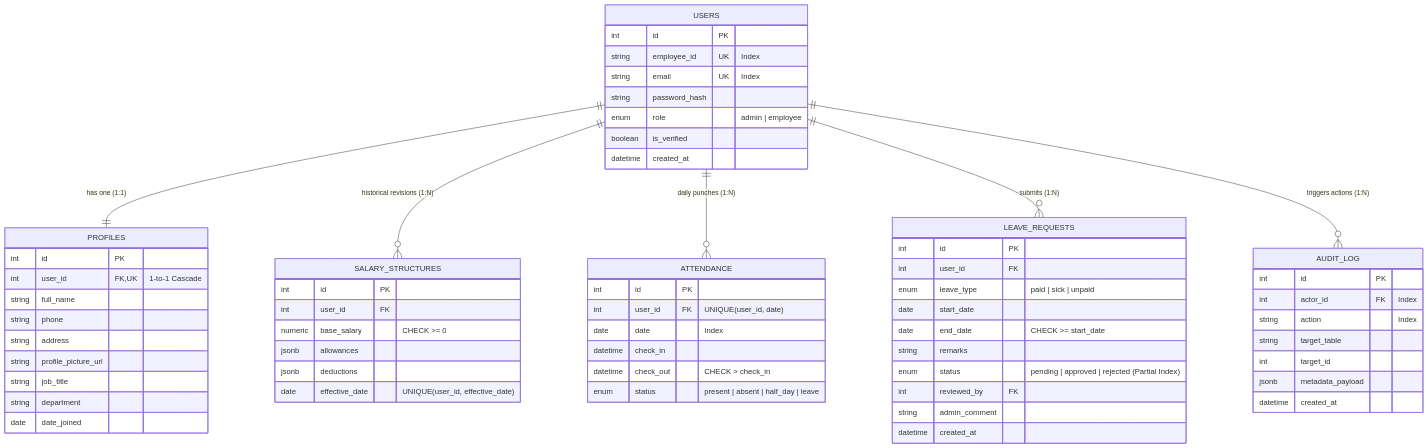
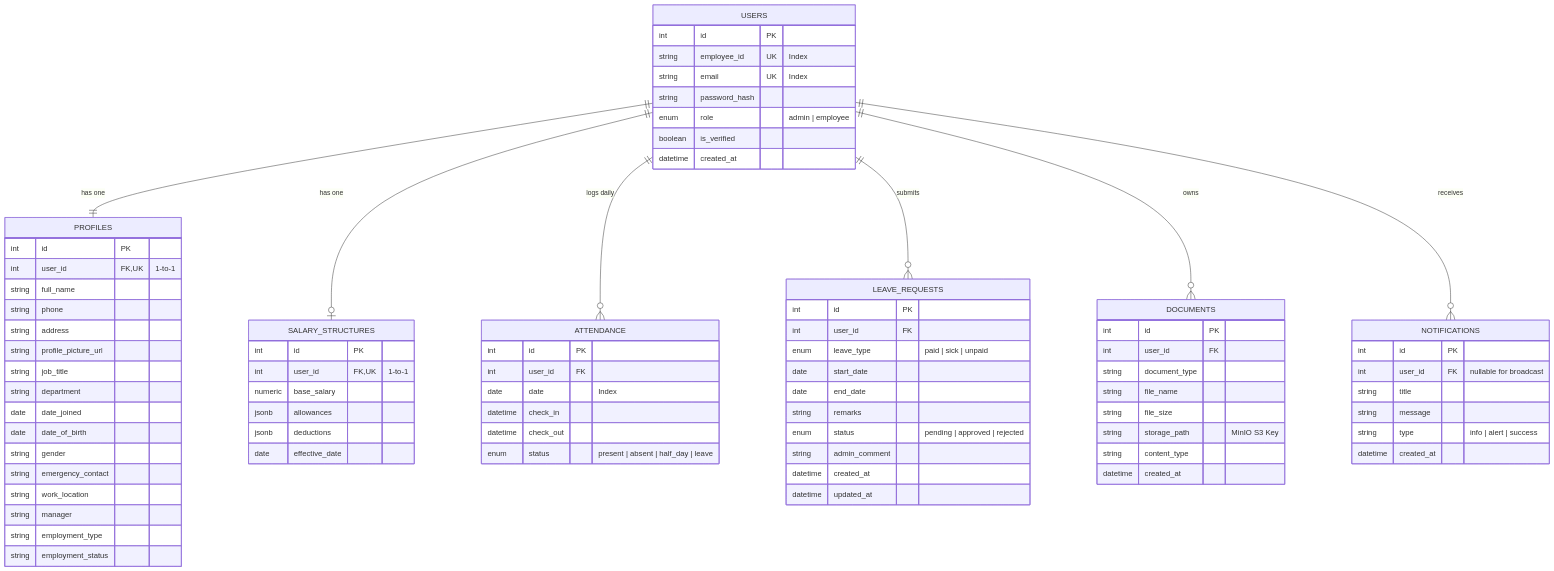
Before and after one commit to oggigachad/dayflow: the fifth of 5 diagrams in README.md, drawn with Mermaid. The commit also changed other lines of this file, not shown here.

````diff
--- a/README.md
+++ b/README.md
@@ -189,10 +193,11 @@
 ```mermaid
 erDiagram
-    USERS ||--|| PROFILES : "has one (1:1)"
-    USERS ||--o{ SALARY_STRUCTURES : "historical revisions (1:N)"
-    USERS ||--o{ ATTENDANCE : "daily punches (1:N)"
-    USERS ||--o{ LEAVE_REQUESTS : "submits (1:N)"
-    USERS ||--o{ AUDIT_LOG : "triggers actions (1:N)"
+    USERS ||--|| PROFILES : "has one"
+    USERS ||--o| SALARY_STRUCTURES : "has one"
+    USERS ||--o{ ATTENDANCE : "logs daily"
+    USERS ||--o{ LEAVE_REQUESTS : "submits"
+    USERS ||--o{ DOCUMENTS : "owns"
+    USERS ||--o{ NOTIFICATIONS : "receives"
 
     USERS {
         int id PK
@@ -206,7 +211,7 @@
 
     PROFILES {
         int id PK
-        int user_id FK,UK "1-to-1 Cascade"
+        int user_id FK,UK "1-to-1"
         string full_name
         string phone
         string address
@@ -214,23 +219,30 @@
         string job_title
         string department
         date date_joined
+        date date_of_birth
+        string gender
+        string emergency_contact
+        string work_location
+        string manager
+        string employment_type
+        string employment_status
     }
 
     SALARY_STRUCTURES {
         int id PK
-        int user_id FK
-        numeric base_salary "CHECK >= 0"
+        int user_id FK,UK "1-to-1"
+        numeric base_salary
         jsonb allowances
         jsonb deductions
-        date effective_date "UNIQUE(user_id, effective_date)"
+        date effective_date
     }
 
     ATTENDANCE {
         int id PK
-        int user_id FK "UNIQUE(user_id, date)"
+        int user_id FK
         date date "Index"
         datetime check_in
-        datetime check_out "CHECK > check_in"
+        datetime check_out
         enum status "present | absent | half_day | leave"
     }
 
@@ -239,21 +251,31 @@
         int user_id FK
         enum leave_type "paid | sick | unpaid"
         date start_date
-        date end_date "CHECK >= start_date"
+        date end_date
         string remarks
-        enum status "pending | approved | rejected (Partial Index)"
-        int reviewed_by FK
+        enum status "pending | approved | rejected"
         string admin_comment
+        datetime created_at
+        datetime updated_at
+    }
+
+    DOCUMENTS {
+        int id PK
+        int user_id FK
+        string document_type
+        string file_name
+        string file_size
+        string storage_path "MinIO S3 Key"
+        string content_type
         datetime created_at
     }
 
-    AUDIT_LOG {
+    NOTIFICATIONS {
         int id PK
-        int actor_id FK "Index"
-        string action "Index"
-        string target_table
-        int target_id
-        jsonb metadata_payload
+        int user_id FK "nullable for broadcast"
+        string title
+        string message
+        string type "info | alert | success"
         datetime created_at
     }
 ```
````
